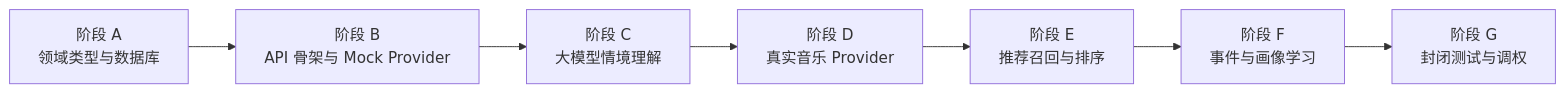
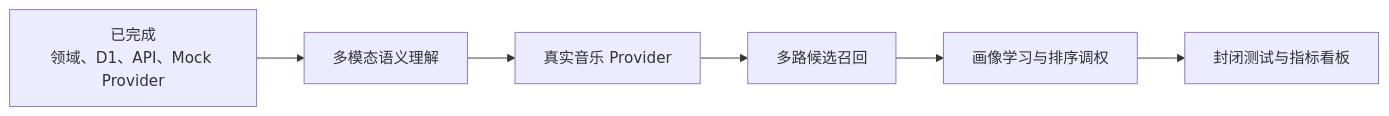
One commit to shirley-Rir/shiyinji changed the diagram in docs/architecture/05-current-progress.md. Above: the diagram before and after it, drawn with Mermaid. The commit also changed other lines of this file and 50 other files, not shown here.

````diff
--- a/docs/architecture/05-current-progress.md
+++ b/docs/architecture/05-current-progress.md
@@ -53,9 +50,8 @@
 ```mermaid
 flowchart LR
-    A[阶段 A<br/>领域类型与数据库] --> B[阶段 B<br/>API 骨架与 Mock Provider]
-    B --> C[阶段 C<br/>大模型情境理解]
-    C --> D[阶段 D<br/>真实音乐 Provider]
-    D --> E[阶段 E<br/>推荐召回与排序]
-    E --> F[阶段 F<br/>事件与画像学习]
-    F --> G[阶段 G<br/>封闭测试与调权]
+    A[已完成<br/>领域、D1、API、Mock Provider] --> B[多模态语义理解]
+    B --> C[真实音乐 Provider]
+    C --> D[多路候选召回]
+    D --> E[画像学习与排序调权]
+    E --> F[封闭测试与指标看板]
 ```
````
